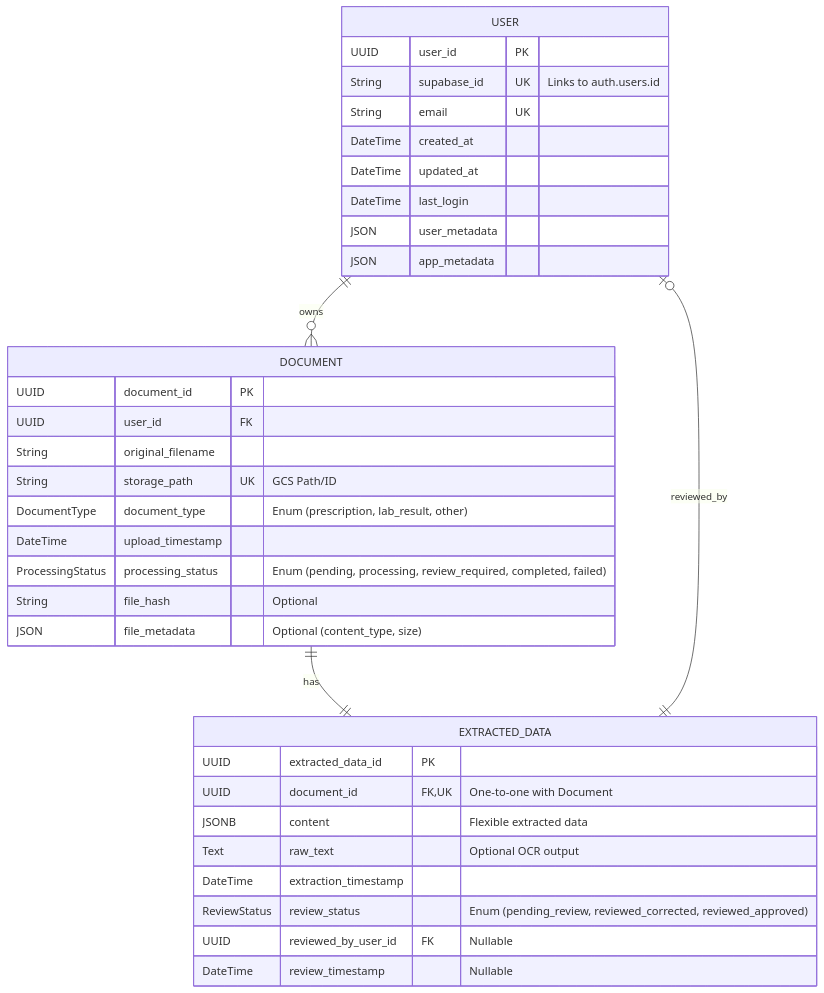
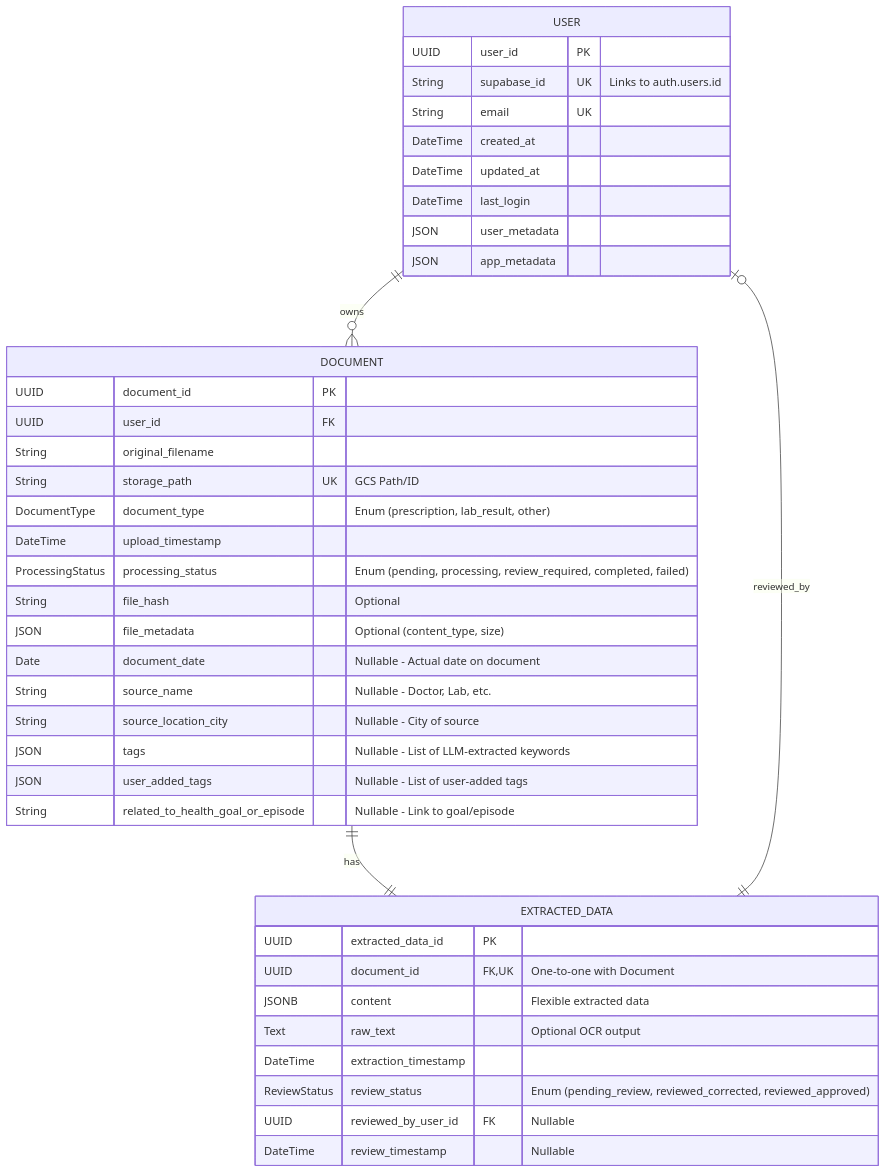
Before and after one commit to harshvardhanchand/MediMind: the diagram in memory-bank/architecture.md, drawn with Mermaid. The commit also changed other lines of this file and 15 other files, not shown here.

````diff
--- a/memory-bank/architecture.md
+++ b/memory-bank/architecture.md
@@ -201,41 +238,47 @@
 ```mermaid
 erDiagram
     USER ||--o{ DOCUMENT : owns
     DOCUMENT ||--|| EXTRACTED_DATA : has
     EXTRACTED_DATA ||--o| USER : reviewed_by
 
     USER {
         UUID user_id PK
         String supabase_id UK "Links to auth.users.id"
         String email UK
         DateTime created_at
         DateTime updated_at
         DateTime last_login
         JSON user_metadata
         JSON app_metadata
     }
 
     DOCUMENT {
         UUID document_id PK
         UUID user_id FK
         String original_filename
         String storage_path UK "GCS Path/ID"
         DocumentType document_type "Enum (prescription, lab_result, other)"
         DateTime upload_timestamp
         ProcessingStatus processing_status "Enum (pending, processing, review_required, completed, failed)"
         String file_hash "Optional"
         JSON file_metadata "Optional (content_type, size)"
+        Date document_date "Nullable - Actual date on document"
+        String source_name "Nullable - Doctor, Lab, etc."
+        String source_location_city "Nullable - City of source"
+        JSON tags "Nullable - List of LLM-extracted keywords"
+        JSON user_added_tags "Nullable - List of user-added tags"
+        String related_to_health_goal_or_episode "Nullable - Link to goal/episode"
     }
 
     EXTRACTED_DATA {
         UUID extracted_data_id PK
         UUID document_id FK, UK "One-to-one with Document"
         JSONB content "Flexible extracted data"
         Text raw_text "Optional OCR output"
         DateTime extraction_timestamp
         ReviewStatus review_status "Enum (pending_review, reviewed_corrected, reviewed_approved)"
         UUID reviewed_by_user_id FK "Nullable"
         DateTime review_timestamp "Nullable"
     }
 
 ```
````
